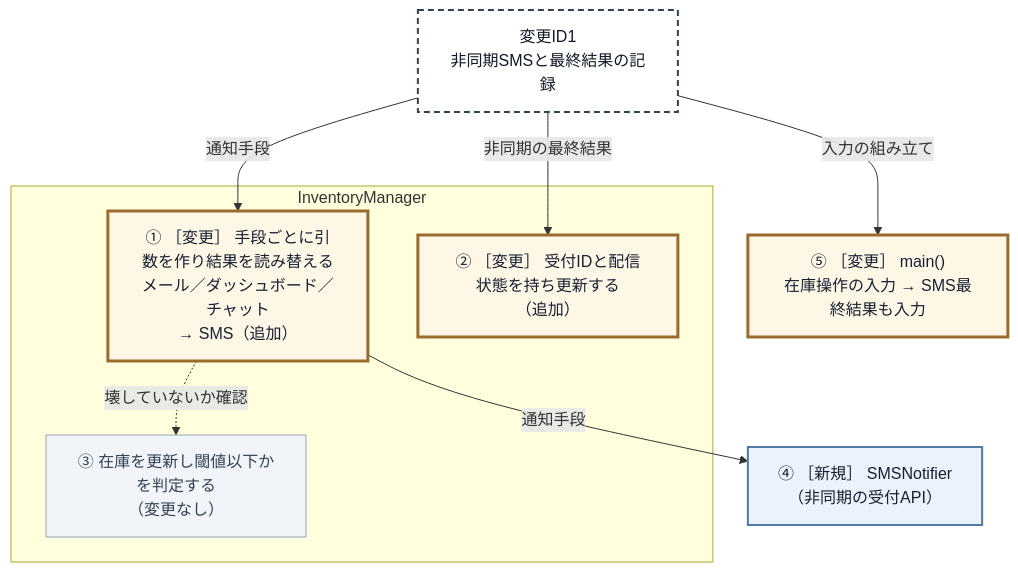
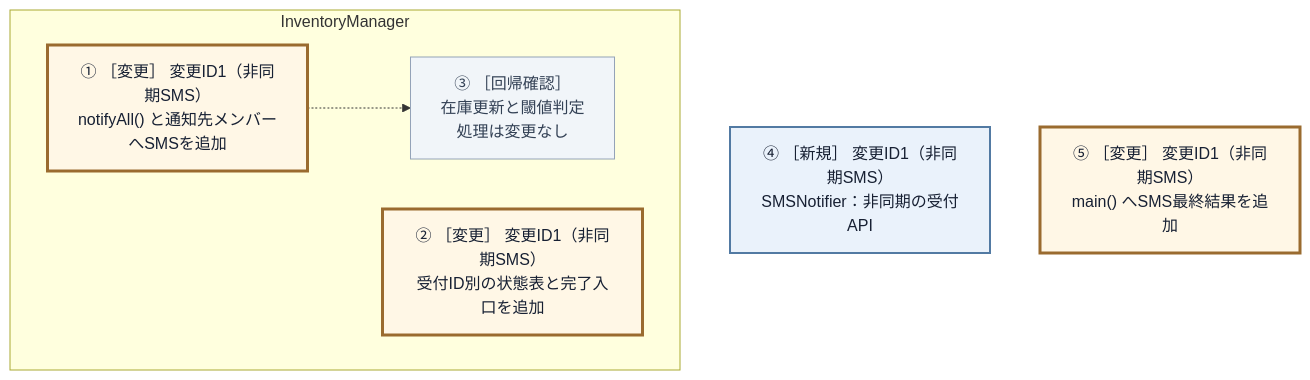
Before and after one commit to kumachan1101-pixel/DesignPattern: the seventh of 21 diagrams in kindle/design-patterns/books/volume01-core-patterns/output/05-chapter03.md, drawn with Mermaid. The commit also changed other lines of this file and 12 other files, not shown here.

````diff
--- a/kindle/design-patterns/books/volume01-core-patterns/output/05-chapter03.md
+++ b/kindle/design-patterns/books/volume01-core-patterns/output/05-chapter03.md
@@ -1309,24 +1315,18 @@
 ```mermaid
 graph TD
-    T1["変更ID1<br>非同期SMSと最終結果の記録"]:::req
-
     subgraph IM["InventoryManager"]
-        I2["① ［変更］ 手段ごとに引数を作り結果を読み替える<br>メール／ダッシュボード／チャット<br>→ SMS（追加）"]:::touched
-        I3["② ［変更］ 受付IDと配信状態を持ち更新する<br>（追加）"]:::touched
-        I1["③ 在庫を更新し閾値以下かを判定する<br>（変更なし）"]:::keep
+        I2["① ［変更］ 変更ID1（非同期SMS）<br>notifyAll() と通知先メンバーへSMSを追加"]:::touched
+        I3["② ［変更］ 変更ID1（非同期SMS）<br>受付ID別の状態表と完了入口を追加"]:::touched
+        I1["③ ［回帰確認］<br>在庫更新と閾値判定<br>処理は変更なし"]:::keep
     end
 
-    B["④ ［新規］ SMSNotifier<br>（非同期の受付API）"]:::added
-    M["⑤ ［変更］ main()<br>在庫操作の入力 → SMS最終結果も入力"]:::touched
+    B["④ ［新規］ 変更ID1（非同期SMS）<br>SMSNotifier：非同期の受付API"]:::added
+    M["⑤ ［変更］ 変更ID1（非同期SMS）<br>main() へSMS最終結果を追加"]:::touched
 
-    T1 -->|"通知手段"| I2
-    T1 -->|"非同期の最終結果"| I3
-    T1 -->|"入力の組み立て"| M
-    I2 -->|"通知手段"| B
-    I2 -.->|"壊していないか確認"| I1
+    I2 -.-> I1
 
     classDef req fill:#ffffff,stroke:#334155,stroke-width:2px,stroke-dasharray:6 4,color:#111827;
     classDef keep fill:#f1f5f9,stroke:#94a3b8,color:#334155;
     classDef added fill:#eaf2fb,stroke:#527aa3,stroke-width:2px,color:#172033;
     classDef touched fill:#fff7e6,stroke:#9a6b2f,stroke-width:3px,color:#172033;
 ```
````
